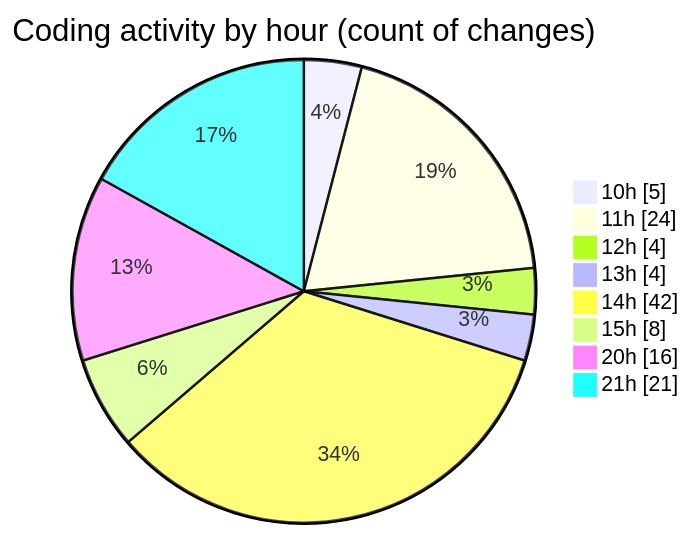
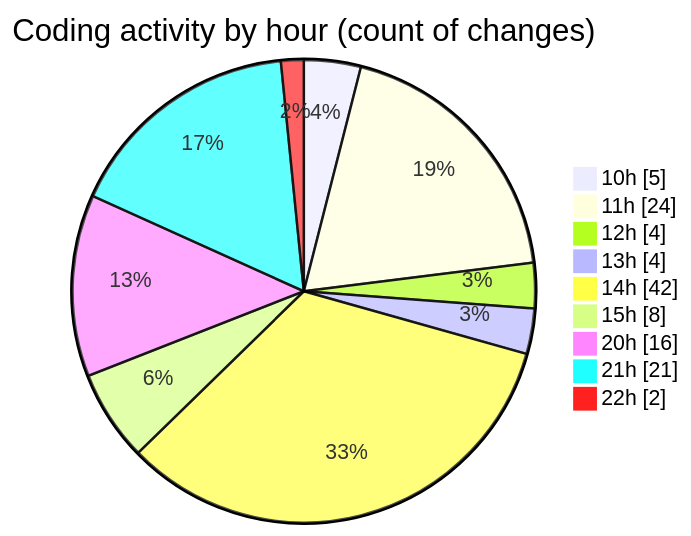
One commit to momahboobian/code-tracking changed the second of 2 diagrams in 2026-09-09/cda/README.md. Above: the diagram before and after it, drawn with Mermaid. The commit also changed other lines of this file and 1 other file, not shown here.

````diff
--- a/2026-09-09/cda/README.md
+++ b/2026-09-09/cda/README.md
@@ -51,12 +51,13 @@
 ```mermaid
 pie showData
 title Coding activity by hour (count of changes)
 "10h" : 5
 "11h" : 24
 "12h" : 4
 "13h" : 4
 "14h" : 42
 "15h" : 8
 "20h" : 16
 "21h" : 21
+"22h" : 2
 ```
````
